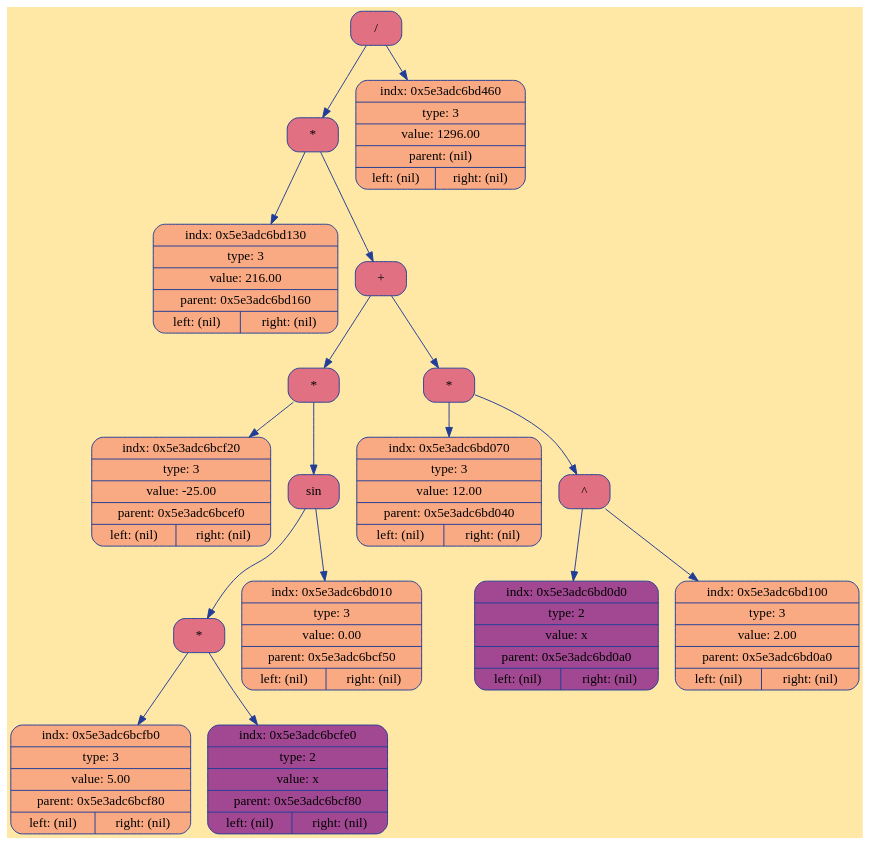
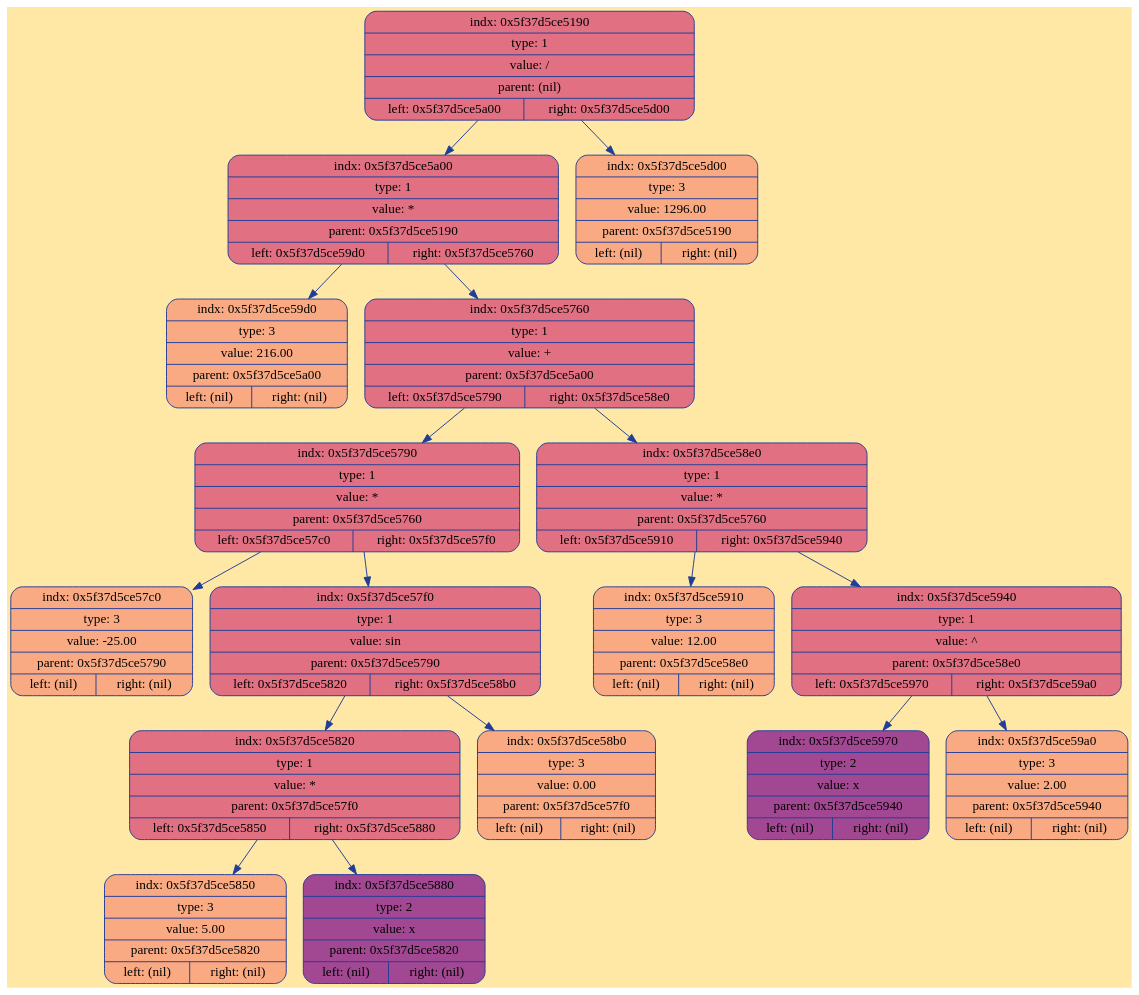
One commit to ksshkh/differentiator changed the diagram in debug/tree.dot. Above: the diagram before and after it, drawn with Graphviz. The commit also changed 5 other files, not shown here.

```diff
--- a/debug/tree.dot
+++ b/debug/tree.dot
@@ -1,39 +1,39 @@
 digraph Tree {
 	rankdir = TB;
 	node [shape = record];
 	edge [color = "#203D98"];
 	bgcolor = "#FFE7A5";
-	node0x5e3adc6bc8f0 [color = "#203D98", shape = Mrecord, style = filled, fillcolor = "#E07082", label = "{/}"];
-		node0x5e3adc6bc8f0 -> node0x5e3adc6bd160
-	node0x5e3adc6bd160 [color = "#203D98", shape = Mrecord, style = filled, fillcolor = "#E07082", label = "{*}"];
-		node0x5e3adc6bd160 -> node0x5e3adc6bd130
-	node0x5e3adc6bd130 [color = "#203D98", shape = Mrecord, style = filled, fillcolor = "#FAAA82", label = "{indx: 0x5e3adc6bd130 | type: 3 | value: 216.00 | parent: 0x5e3adc6bd160 | { left: (nil) | right: (nil)}}"];
-		node0x5e3adc6bd160 -> node0x5e3adc6bcec0
-	node0x5e3adc6bcec0 [color = "#203D98", shape = Mrecord, style = filled, fillcolor = "#E07082", label = "{+}"];
-		node0x5e3adc6bcec0 -> node0x5e3adc6bcef0
-	node0x5e3adc6bcef0 [color = "#203D98", shape = Mrecord, style = filled, fillcolor = "#E07082", label = "{*}"];
-		node0x5e3adc6bcef0 -> node0x5e3adc6bcf20
-	node0x5e3adc6bcf20 [color = "#203D98", shape = Mrecord, style = filled, fillcolor = "#FAAA82", label = "{indx: 0x5e3adc6bcf20 | type: 3 | value: -25.00 | parent: 0x5e3adc6bcef0 | { left: (nil) | right: (nil)}}"];
-		node0x5e3adc6bcef0 -> node0x5e3adc6bcf50
-	node0x5e3adc6bcf50 [color = "#203D98", shape = Mrecord, style = filled, fillcolor = "#E07082", label = "{sin}"];
-		node0x5e3adc6bcf50 -> node0x5e3adc6bcf80
-	node0x5e3adc6bcf80 [color = "#203D98", shape = Mrecord, style = filled, fillcolor = "#E07082", label = "{*}"];
-		node0x5e3adc6bcf80 -> node0x5e3adc6bcfb0
-	node0x5e3adc6bcfb0 [color = "#203D98", shape = Mrecord, style = filled, fillcolor = "#FAAA82", label = "{indx: 0x5e3adc6bcfb0 | type: 3 | value: 5.00 | parent: 0x5e3adc6bcf80 | { left: (nil) | right: (nil)}}"];
-		node0x5e3adc6bcf80 -> node0x5e3adc6bcfe0
-	node0x5e3adc6bcfe0 [color = "#203D98", shape = Mrecord, style = filled, fillcolor = "#A24892", label = "{indx: 0x5e3adc6bcfe0 | type: 2 | value: x | parent: 0x5e3adc6bcf80 | { left: (nil) | right: (nil)}}"];
-		node0x5e3adc6bcf50 -> node0x5e3adc6bd010
-	node0x5e3adc6bd010 [color = "#203D98", shape = Mrecord, style = filled, fillcolor = "#FAAA82", label = "{indx: 0x5e3adc6bd010 | type: 3 | value: 0.00 | parent: 0x5e3adc6bcf50 | { left: (nil) | right: (nil)}}"];
-		node0x5e3adc6bcec0 -> node0x5e3adc6bd040
-	node0x5e3adc6bd040 [color = "#203D98", shape = Mrecord, style = filled, fillcolor = "#E07082", label = "{*}"];
-		node0x5e3adc6bd040 -> node0x5e3adc6bd070
-	node0x5e3adc6bd070 [color = "#203D98", shape = Mrecord, style = filled, fillcolor = "#FAAA82", label = "{indx: 0x5e3adc6bd070 | type: 3 | value: 12.00 | parent: 0x5e3adc6bd040 | { left: (nil) | right: (nil)}}"];
-		node0x5e3adc6bd040 -> node0x5e3adc6bd0a0
-	node0x5e3adc6bd0a0 [color = "#203D98", shape = Mrecord, style = filled, fillcolor = "#E07082", label = "{^}"];
-		node0x5e3adc6bd0a0 -> node0x5e3adc6bd0d0
-	node0x5e3adc6bd0d0 [color = "#203D98", shape = Mrecord, style = filled, fillcolor = "#A24892", label = "{indx: 0x5e3adc6bd0d0 | type: 2 | value: x | parent: 0x5e3adc6bd0a0 | { left: (nil) | right: (nil)}}"];
-		node0x5e3adc6bd0a0 -> node0x5e3adc6bd100
-	node0x5e3adc6bd100 [color = "#203D98", shape = Mrecord, style = filled, fillcolor = "#FAAA82", label = "{indx: 0x5e3adc6bd100 | type: 3 | value: 2.00 | parent: 0x5e3adc6bd0a0 | { left: (nil) | right: (nil)}}"];
-		node0x5e3adc6bc8f0 -> node0x5e3adc6bd460
-	node0x5e3adc6bd460 [color = "#203D98", shape = Mrecord, style = filled, fillcolor = "#FAAA82", label = "{indx: 0x5e3adc6bd460 | type: 3 | value: 1296.00 | parent: (nil) | { left: (nil) | right: (nil)}}"];
+	node0x5f37d5ce5190 [color = "#203D98", shape = Mrecord, style = filled, fillcolor = "#E07082", label = "{indx: 0x5f37d5ce5190 | type: 1 | value: / | parent: (nil) | { left: 0x5f37d5ce5a00 | right: 0x5f37d5ce5d00}}"];
+		node0x5f37d5ce5190 -> node0x5f37d5ce5a00
+	node0x5f37d5ce5a00 [color = "#203D98", shape = Mrecord, style = filled, fillcolor = "#E07082", label = "{indx: 0x5f37d5ce5a00 | type: 1 | value: * | parent: 0x5f37d5ce5190 | { left: 0x5f37d5ce59d0 | right: 0x5f37d5ce5760}}"];
+		node0x5f37d5ce5a00 -> node0x5f37d5ce59d0
+	node0x5f37d5ce59d0 [color = "#203D98", shape = Mrecord, style = filled, fillcolor = "#FAAA82", label = "{indx: 0x5f37d5ce59d0 | type: 3 | value: 216.00 | parent: 0x5f37d5ce5a00 | { left: (nil) | right: (nil)}}"];
+		node0x5f37d5ce5a00 -> node0x5f37d5ce5760
+	node0x5f37d5ce5760 [color = "#203D98", shape = Mrecord, style = filled, fillcolor = "#E07082", label = "{indx: 0x5f37d5ce5760 | type: 1 | value: + | parent: 0x5f37d5ce5a00 | { left: 0x5f37d5ce5790 | right: 0x5f37d5ce58e0}}"];
+		node0x5f37d5ce5760 -> node0x5f37d5ce5790
+	node0x5f37d5ce5790 [color = "#203D98", shape = Mrecord, style = filled, fillcolor = "#E07082", label = "{indx: 0x5f37d5ce5790 | type: 1 | value: * | parent: 0x5f37d5ce5760 | { left: 0x5f37d5ce57c0 | right: 0x5f37d5ce57f0}}"];
+		node0x5f37d5ce5790 -> node0x5f37d5ce57c0
+	node0x5f37d5ce57c0 [color = "#203D98", shape = Mrecord, style = filled, fillcolor = "#FAAA82", label = "{indx: 0x5f37d5ce57c0 | type: 3 | value: -25.00 | parent: 0x5f37d5ce5790 | { left: (nil) | right: (nil)}}"];
+		node0x5f37d5ce5790 -> node0x5f37d5ce57f0
+	node0x5f37d5ce57f0 [color = "#203D98", shape = Mrecord, style = filled, fillcolor = "#E07082", label = "{indx: 0x5f37d5ce57f0 | type: 1 | value: sin | parent: 0x5f37d5ce5790 | { left: 0x5f37d5ce5820 | right: 0x5f37d5ce58b0}}"];
+		node0x5f37d5ce57f0 -> node0x5f37d5ce5820
+	node0x5f37d5ce5820 [color = "#203D98", shape = Mrecord, style = filled, fillcolor = "#E07082", label = "{indx: 0x5f37d5ce5820 | type: 1 | value: * | parent: 0x5f37d5ce57f0 | { left: 0x5f37d5ce5850 | right: 0x5f37d5ce5880}}"];
+		node0x5f37d5ce5820 -> node0x5f37d5ce5850
+	node0x5f37d5ce5850 [color = "#203D98", shape = Mrecord, style = filled, fillcolor = "#FAAA82", label = "{indx: 0x5f37d5ce5850 | type: 3 | value: 5.00 | parent: 0x5f37d5ce5820 | { left: (nil) | right: (nil)}}"];
+		node0x5f37d5ce5820 -> node0x5f37d5ce5880
+	node0x5f37d5ce5880 [color = "#203D98", shape = Mrecord, style = filled, fillcolor = "#A24892", label = "{indx: 0x5f37d5ce5880 | type: 2 | value: x | parent: 0x5f37d5ce5820 | { left: (nil) | right: (nil)}}"];
+		node0x5f37d5ce57f0 -> node0x5f37d5ce58b0
+	node0x5f37d5ce58b0 [color = "#203D98", shape = Mrecord, style = filled, fillcolor = "#FAAA82", label = "{indx: 0x5f37d5ce58b0 | type: 3 | value: 0.00 | parent: 0x5f37d5ce57f0 | { left: (nil) | right: (nil)}}"];
+		node0x5f37d5ce5760 -> node0x5f37d5ce58e0
+	node0x5f37d5ce58e0 [color = "#203D98", shape = Mrecord, style = filled, fillcolor = "#E07082", label = "{indx: 0x5f37d5ce58e0 | type: 1 | value: * | parent: 0x5f37d5ce5760 | { left: 0x5f37d5ce5910 | right: 0x5f37d5ce5940}}"];
+		node0x5f37d5ce58e0 -> node0x5f37d5ce5910
+	node0x5f37d5ce5910 [color = "#203D98", shape = Mrecord, style = filled, fillcolor = "#FAAA82", label = "{indx: 0x5f37d5ce5910 | type: 3 | value: 12.00 | parent: 0x5f37d5ce58e0 | { left: (nil) | right: (nil)}}"];
+		node0x5f37d5ce58e0 -> node0x5f37d5ce5940
+	node0x5f37d5ce5940 [color = "#203D98", shape = Mrecord, style = filled, fillcolor = "#E07082", label = "{indx: 0x5f37d5ce5940 | type: 1 | value: ^ | parent: 0x5f37d5ce58e0 | { left: 0x5f37d5ce5970 | right: 0x5f37d5ce59a0}}"];
+		node0x5f37d5ce5940 -> node0x5f37d5ce5970
+	node0x5f37d5ce5970 [color = "#203D98", shape = Mrecord, style = filled, fillcolor = "#A24892", label = "{indx: 0x5f37d5ce5970 | type: 2 | value: x | parent: 0x5f37d5ce5940 | { left: (nil) | right: (nil)}}"];
+		node0x5f37d5ce5940 -> node0x5f37d5ce59a0
+	node0x5f37d5ce59a0 [color = "#203D98", shape = Mrecord, style = filled, fillcolor = "#FAAA82", label = "{indx: 0x5f37d5ce59a0 | type: 3 | value: 2.00 | parent: 0x5f37d5ce5940 | { left: (nil) | right: (nil)}}"];
+		node0x5f37d5ce5190 -> node0x5f37d5ce5d00
+	node0x5f37d5ce5d00 [color = "#203D98", shape = Mrecord, style = filled, fillcolor = "#FAAA82", label = "{indx: 0x5f37d5ce5d00 | type: 3 | value: 1296.00 | parent: 0x5f37d5ce5190 | { left: (nil) | right: (nil)}}"];
 }
```
